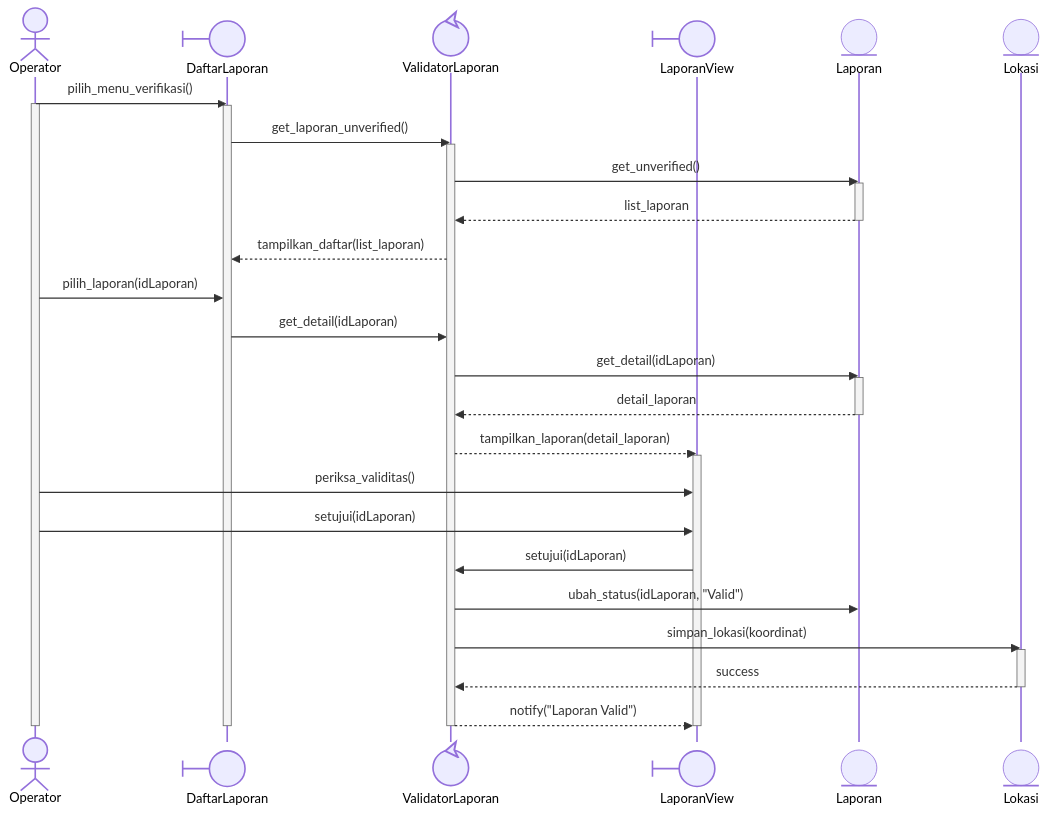
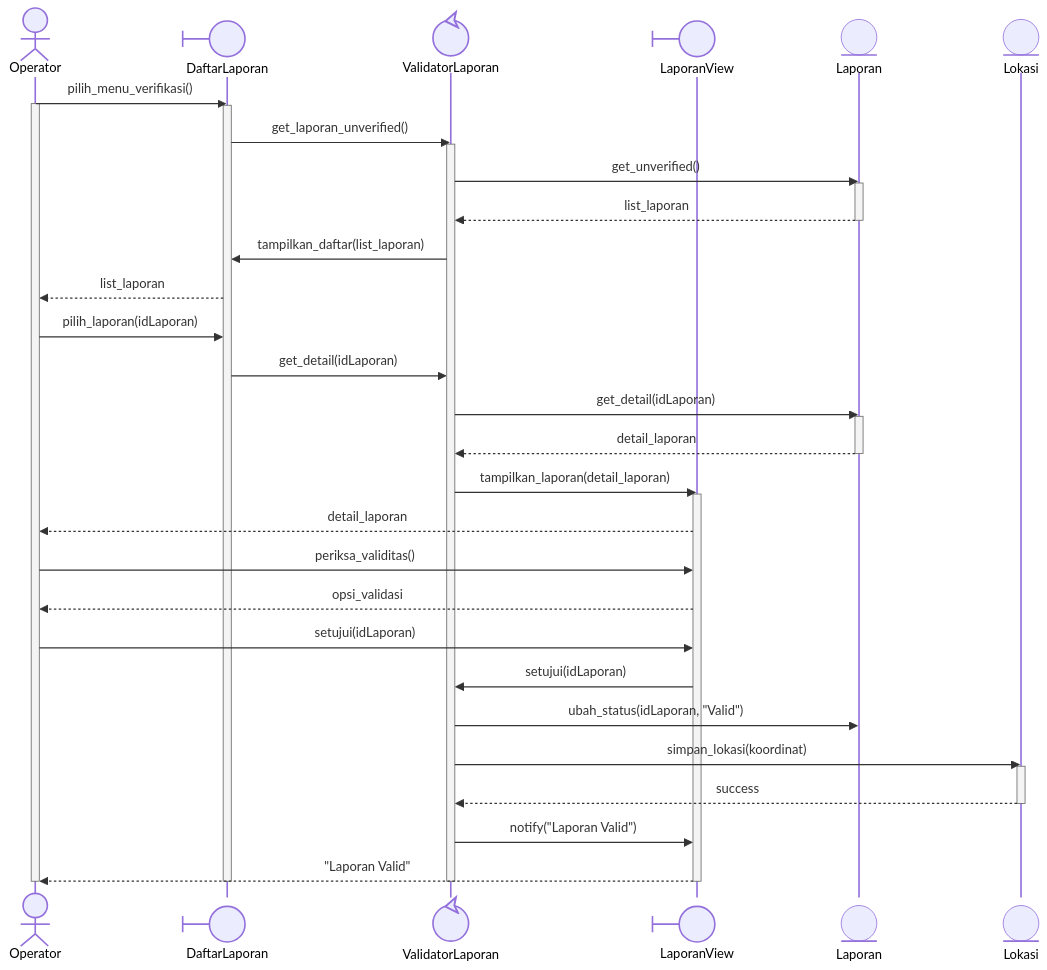
One commit to star-scripter/IF2150-RPL-K03-G02 changed the tenth of 15 diagrams in docs/M7/K03_G02_DPPL.md. Above: the diagram before and after it, drawn with Mermaid. The commit also changed other lines of this file, not shown here.

Commit message:
fix: revised tampilan laporan flow

````diff
--- a/docs/M7/K03_G02_DPPL.md
+++ b/docs/M7/K03_G02_DPPL.md
@@ -580,45 +580,49 @@
 ```mermaid
 %%{init: {'themeCSS': '.actor-line { stroke-dasharray: 4, 4; }'}}%%
 sequenceDiagram
     actor O as Operator
     participant DL@{"type":"boundary"} as DaftarLaporan
     participant VL@{"type":"control"} as ValidatorLaporan
     participant LV@{"type":"boundary"} as LaporanView
     participant L@{"type":"entity"} as Laporan
     participant LO@{"type":"entity"} as Lokasi
 
     O->>DL: pilih_menu_verifikasi()
     activate O
     activate DL
     DL->>VL: get_laporan_unverified()
     activate VL
     VL->>L: get_unverified()
     activate L
     L-->>VL: list_laporan
     deactivate L
-    VL-->>DL: tampilkan_daftar(list_laporan)
+    VL->>DL: tampilkan_daftar(list_laporan)
+    DL-->>O: list_laporan
     
     O->>DL: pilih_laporan(idLaporan)
     DL->>VL: get_detail(idLaporan)
     VL->>L: get_detail(idLaporan)
     activate L
     L-->>VL: detail_laporan
     deactivate L
-    VL-->>LV: tampilkan_laporan(detail_laporan)
+    VL->>LV: tampilkan_laporan(detail_laporan)
     activate LV
+    LV-->>O: detail_laporan
     
     O->>LV: periksa_validitas()
+    LV-->>O: opsi_validasi
     O->>LV: setujui(idLaporan)
     LV->>VL: setujui(idLaporan)
     VL->>L: ubah_status(idLaporan, "Valid")
     VL->>LO: simpan_lokasi(koordinat)
     activate LO
     LO-->>VL: success
     deactivate LO
-    VL-->>LV: notify("Laporan Valid")
+    VL->>LV: notify("Laporan Valid")
+    LV-->>O: "Laporan Valid"
     
     deactivate LV
     deactivate VL
     deactivate DL
     deactivate O
 ```
````
